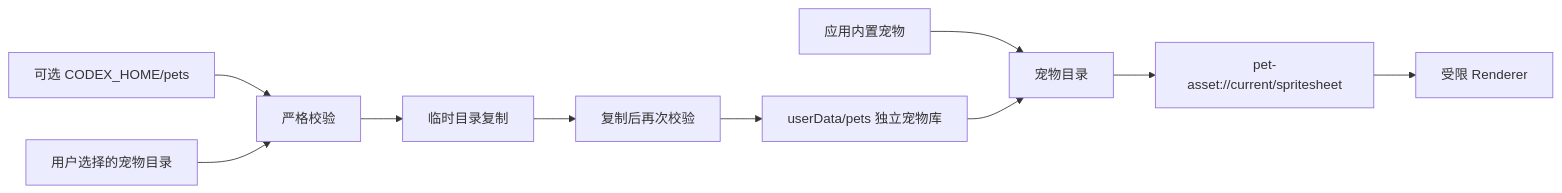
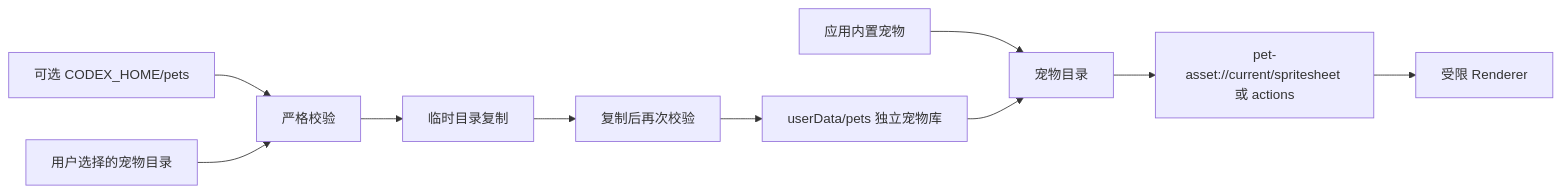
One commit to HEROhuqinchao/desktop_pet_v2 changed the diagram in docs/p2-pet-library-and-system-integration.md. Above: the diagram before and after it, drawn with Mermaid. The commit also changed other lines of this file and 16 other files, not shown here.

Commit message:
docs: update architecture docs and icon assets

````diff
--- a/docs/p2-pet-library-and-system-integration.md
+++ b/docs/p2-pet-library-and-system-integration.md
@@ -10,12 +10,12 @@
 ```mermaid
 flowchart LR
     BUNDLED["应用内置宠物"] --> CATALOG["宠物目录"]
     CODEX["可选 CODEX_HOME/pets"] --> VALIDATE["严格校验"]
     FOLDER["用户选择的宠物目录"] --> VALIDATE
     VALIDATE --> COPY["临时目录复制"]
     COPY --> VERIFY["复制后再次校验"]
     VERIFY --> LIBRARY["userData/pets 独立宠物库"]
     LIBRARY --> CATALOG
-    CATALOG --> ASSET["pet-asset://current/spritesheet"]
+    CATALOG --> ASSET["pet-asset://current/spritesheet 或 actions"]
     ASSET --> RENDERER["受限 Renderer"]
 ```
````
